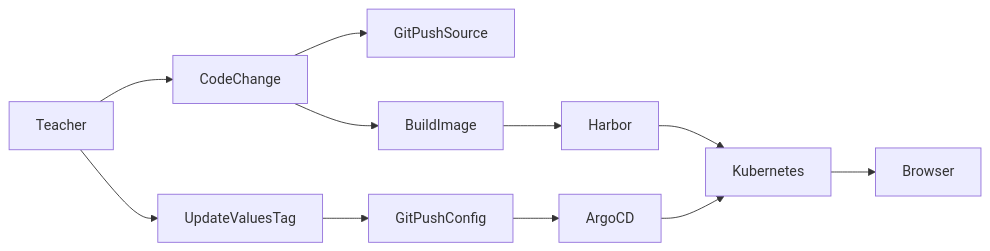
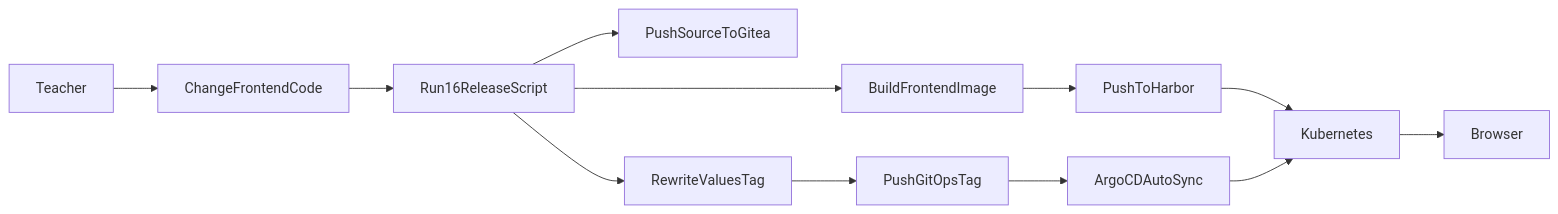
One commit to hwang-protocol/docker_k8s_2026 changed the first of 2 diagrams in k8s/06-gitops-and-automation/docs/21_gitops_demo_playbook.md. Above: the diagram before and after it, drawn with Mermaid. The commit also changed other lines of this file and 3 other files, not shown here.

````diff
--- a/k8s/06-gitops-and-automation/docs/21_gitops_demo_playbook.md
+++ b/k8s/06-gitops-and-automation/docs/21_gitops_demo_playbook.md
@@ -100,24 +99,26 @@
 ```mermaid
 flowchart LR
     teacher[Teacher]
-    code[CodeChange]
-    git1[GitPushSource]
-    build[BuildImage]
-    harbor[Harbor]
-    values[UpdateValuesTag]
-    git2[GitPushConfig]
-    argocd[ArgoCD]
+    code[ChangeFrontendCode]
+    script[Run16ReleaseScript]
+    git1[PushSourceToGitea]
+    build[BuildFrontendImage]
+    harbor[PushToHarbor]
+    values[RewriteValuesTag]
+    git2[PushGitOpsTag]
+    argocd[ArgoCDAutoSync]
     k8s[Kubernetes]
     browser[Browser]
 
     teacher --> code
-    code --> git1
-    code --> build
+    code --> script
+    script --> git1
+    script --> build
     build --> harbor
-    teacher --> values
+    script --> values
     values --> git2
     git2 --> argocd
     harbor --> k8s
     argocd --> k8s
     k8s --> browser
 ```
````
